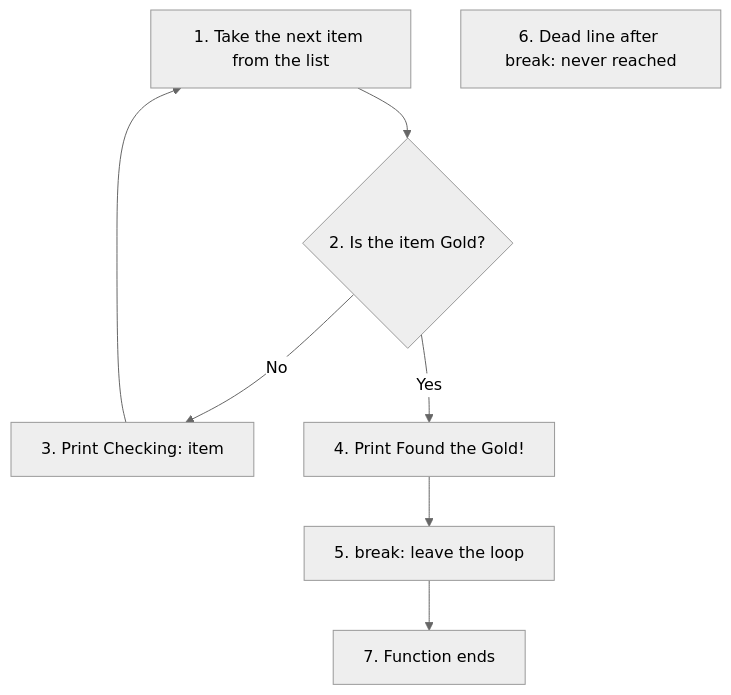
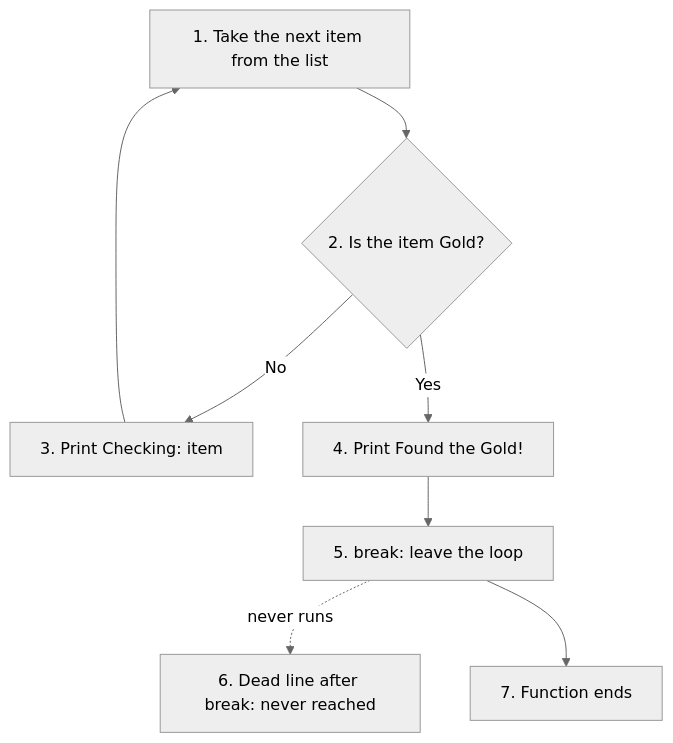
The first of 2 diagrams in docs/04-flow-control/04-ch4-flow-control-beyond-text.md (ag999git/001-mkdocs), drawn with Mermaid (neutral theme) before and after one commit. The commit also changed other lines of this file, not shown here.

````diff
--- a/docs/04-flow-control/04-ch4-flow-control-beyond-text.md
+++ b/docs/04-flow-control/04-ch4-flow-control-beyond-text.md
@@ -180,10 +180,10 @@
 ```mermaid
 flowchart TD
     T1["1. Take the next item from the list"] --> T2{"2. Is the item Gold?"}
     T2 -- "No" --> T3["3. Print Checking: item"]
     T3 --> T1
     T2 -- "Yes" --> T4["4. Print Found the Gold!"]
     T4 --> T5["5. break: leave the loop"]
-    T6["6. Dead line after break: never reached"]
+    T5 -. "never runs" .-> T6["6. Dead line after break: never reached"]
     T5 --> T7["7. Function ends"]
 ```
````
